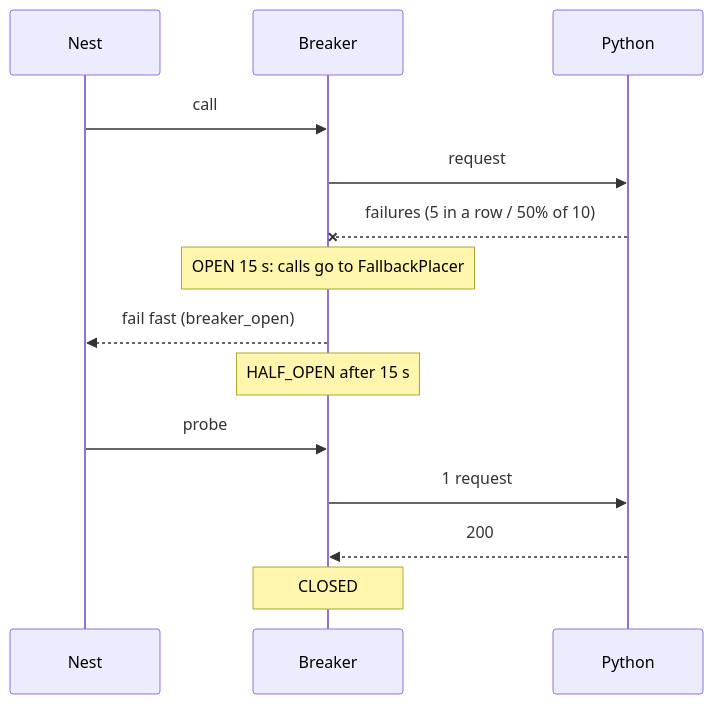
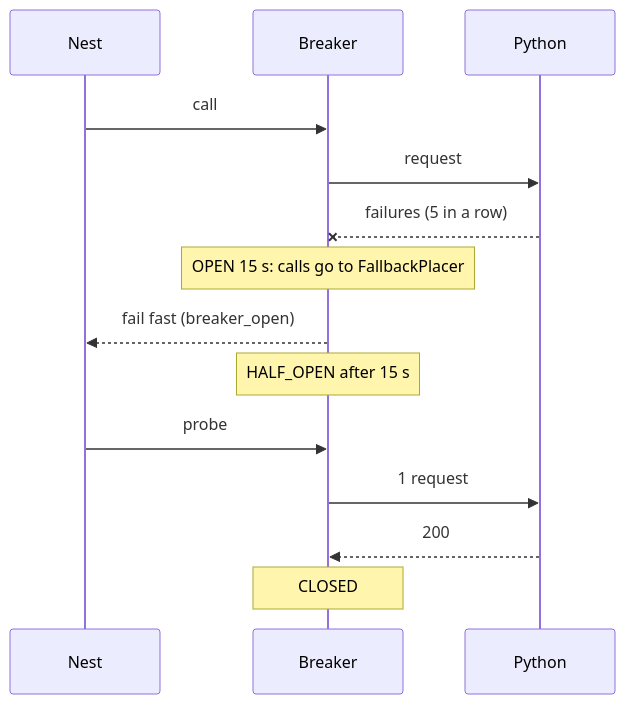
The fifth of 5 diagrams in docs/adr/0003-python-authoritative-placement.md (tryzenflow/zenflow), drawn with Mermaid before and after one commit. The commit also changed other lines of this file and 3 other files, not shown here.

````diff
--- a/docs/adr/0003-python-authoritative-placement.md
+++ b/docs/adr/0003-python-authoritative-placement.md
@@ -611,16 +611,16 @@
 ```mermaid
 sequenceDiagram
   participant API as Nest
   participant CB as Breaker
   participant PY as Python
   API->>CB: call
   CB->>PY: request
-  PY--xCB: failures (5 in a row / 50% of 10)
+  PY--xCB: failures (5 in a row)
   Note over CB: OPEN 15 s: calls go to FallbackPlacer
   CB-->>API: fail fast (breaker_open)
   Note over CB: HALF_OPEN after 15 s
   API->>CB: probe
   CB->>PY: 1 request
   PY-->>CB: 200
   Note over CB: CLOSED
 ```
````
